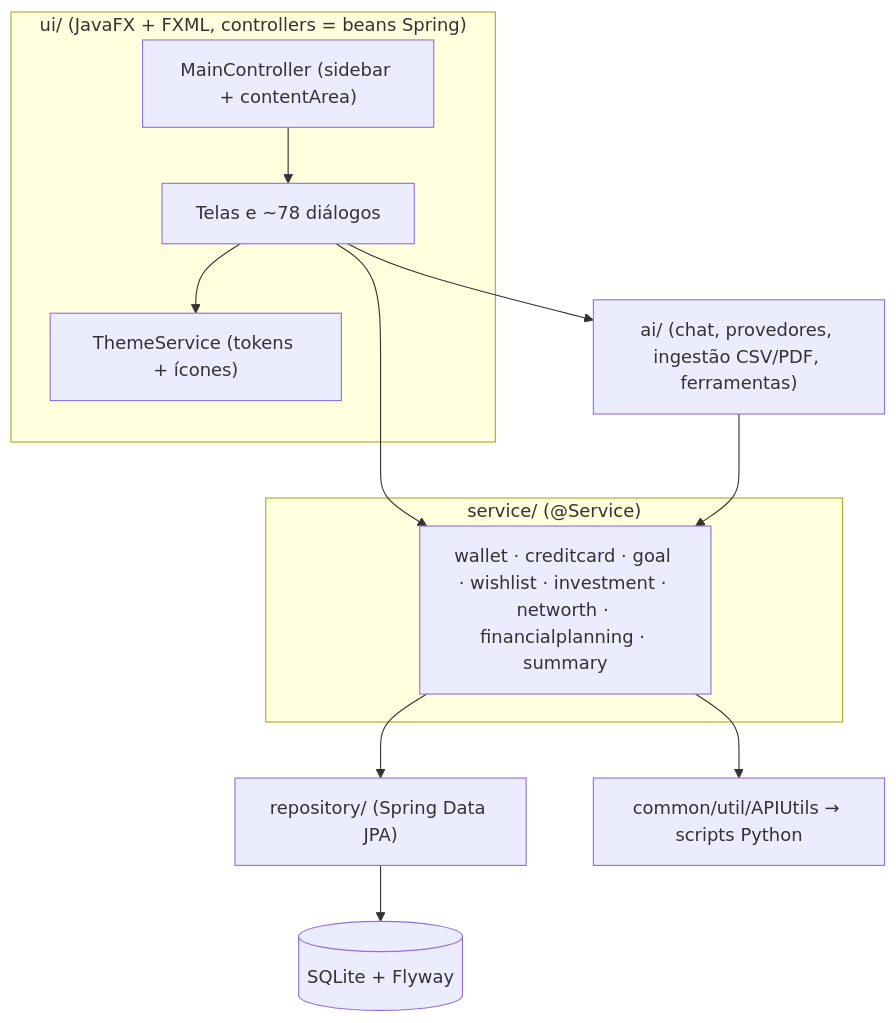
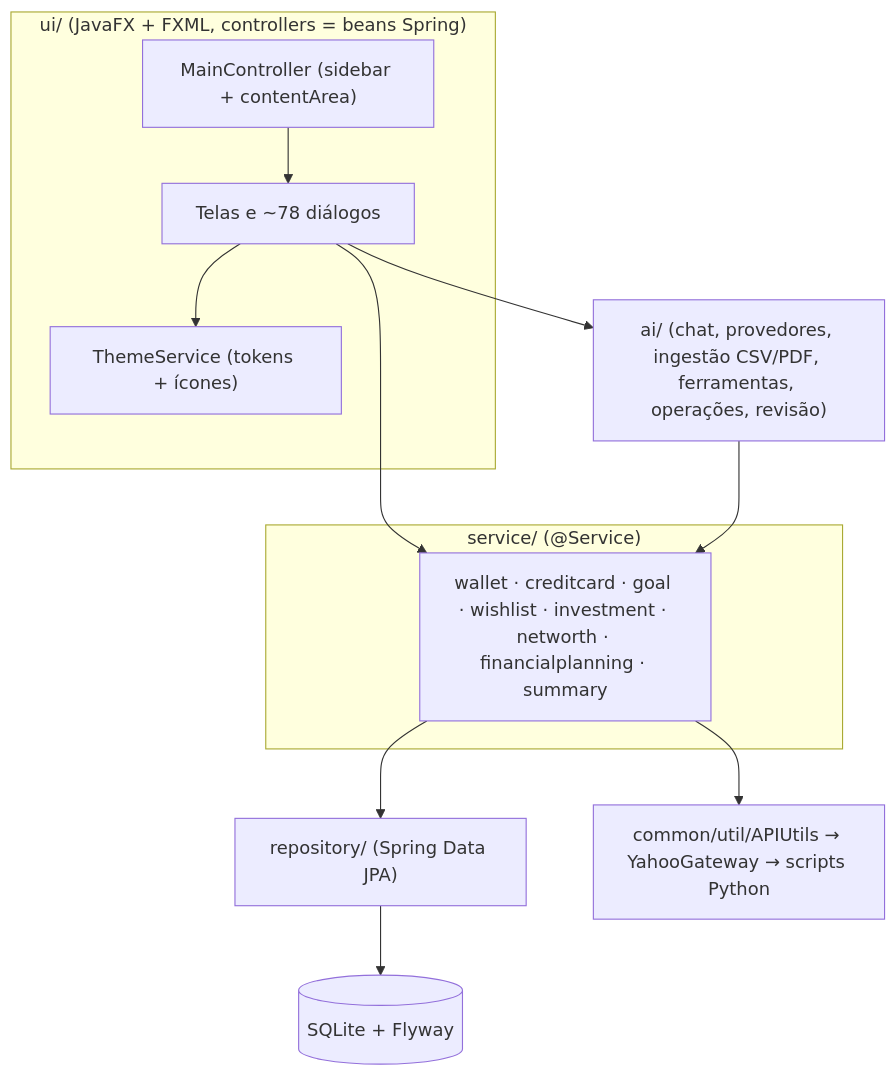
The diagram in .aidlc/codekb/MOINEX/architecture.md (luk3rr/MOINEX), drawn with Mermaid before and after one commit. The commit also changed other lines of this file and 13 other files, not shown here.

````diff
--- a/.aidlc/codekb/MOINEX/architecture.md
+++ b/.aidlc/codekb/MOINEX/architecture.md
@@ -9,20 +9,20 @@
 ```mermaid
 flowchart TB
   subgraph UI["ui/ (JavaFX + FXML, controllers = beans Spring)"]
     Main["MainController (sidebar + contentArea)"]
     Screens["Telas e ~78 diálogos"]
     Theme["ThemeService (tokens + ícones)"]
   end
   subgraph SVC["service/ (@Service)"]
     S["wallet · creditcard · goal · wishlist · investment · networth · financialplanning · summary"]
   end
-  AI["ai/ (chat, provedores, ingestão CSV/PDF, ferramentas)"]
+  AI["ai/ (chat, provedores, ingestão CSV/PDF, ferramentas, operações, revisão)"]
   REPO["repository/ (Spring Data JPA)"]
   DB[("SQLite + Flyway")]
-  PY["common/util/APIUtils → scripts Python"]
+  PY["common/util/APIUtils → YahooGateway → scripts Python"]
   Main --> Screens --> S
   Screens --> Theme
   S --> REPO --> DB
   S --> PY
   Screens --> AI --> S
 ```
````
